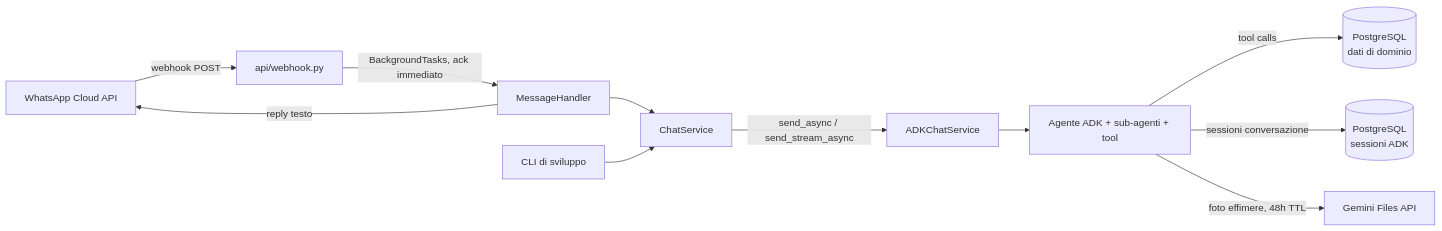
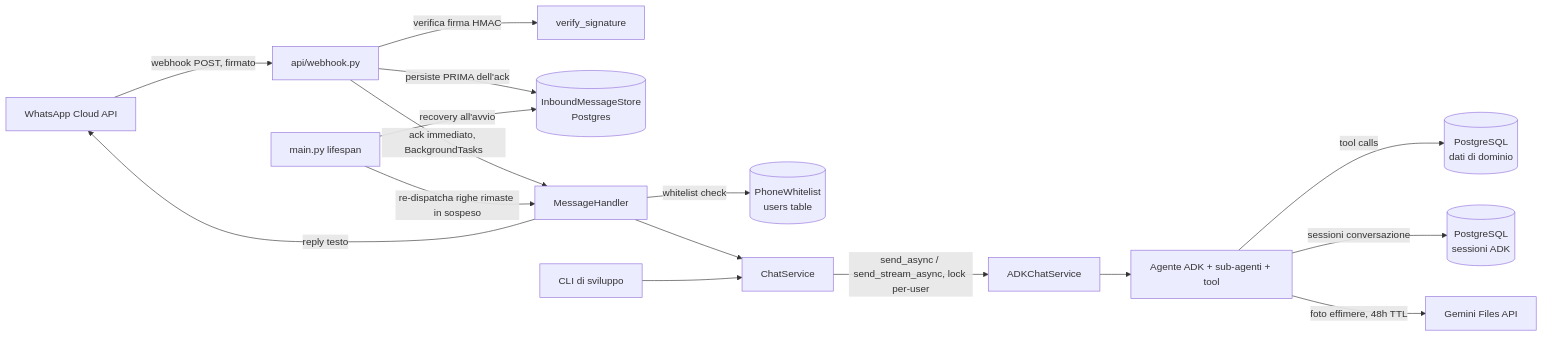
The diagram in docs/architecture.md (catonzio/whatsapp-assistant), drawn with Mermaid before and after one commit. The commit also changed other lines of this file and 30 other files, not shown here.

````diff
--- a/docs/architecture.md
+++ b/docs/architecture.md
@@ -17,13 +18,18 @@
 ```mermaid
 flowchart LR
-    WA[WhatsApp Cloud API] -->|webhook POST| Webhook[api/webhook.py]
-    Webhook -->|BackgroundTasks, ack immediato| Handler[MessageHandler]
+    WA[WhatsApp Cloud API] -->|webhook POST, firmato| Webhook[api/webhook.py]
+    Webhook -->|verifica firma HMAC| Sig[verify_signature]
+    Webhook -->|persiste PRIMA dell'ack| Store[(InboundMessageStore\nPostgres)]
+    Webhook -->|ack immediato, BackgroundTasks| Handler[MessageHandler]
+    Handler -->|whitelist check| Whitelist[(PhoneWhitelist\nusers table)]
     Handler --> ChatService
-    ChatService -->|send_async / send_stream_async| Runner[ADKChatService]
+    ChatService -->|send_async / send_stream_async, lock per-user| Runner[ADKChatService]
     Runner --> Agent[Agente ADK + sub-agenti + tool]
     Agent -->|tool calls| DB[(PostgreSQL\ndati di dominio)]
     Agent -->|sessioni conversazione| SessDB[(PostgreSQL\nsessioni ADK)]
     Agent -->|foto effimere, 48h TTL| GeminiFiles[Gemini Files API]
     Handler -->|reply testo| WA
+    Main[main.py lifespan] -->|recovery all'avvio| Store
+    Main -->|re-dispatcha righe rimaste in sospeso| Handler
     CLI[CLI di sviluppo] --> ChatService
 ```
````
